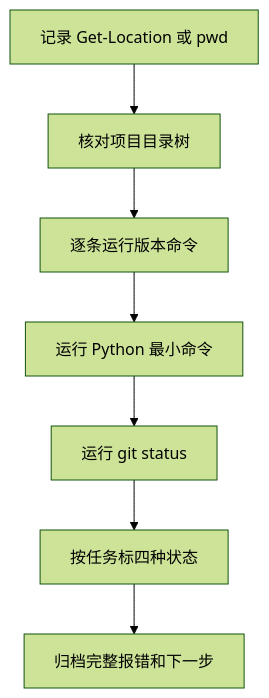
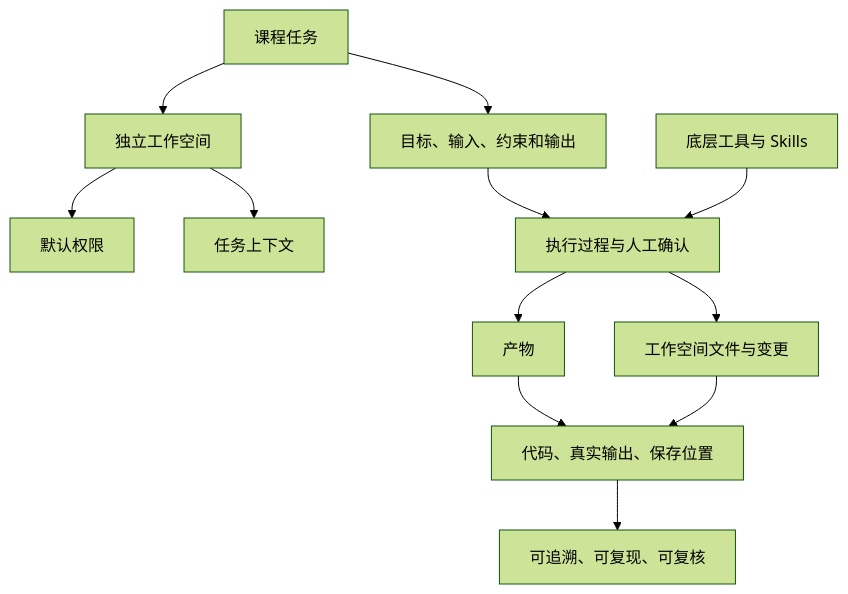
One commit to luvega/AI_MED_DataVis changed the second of 2 diagrams in docs/chapters/chapter-2/index.md. Above: the diagram before and after it, drawn with Mermaid (forest theme). The commit also changed other lines of this file and 16 other files, not shown here.

````diff
--- a/docs/chapters/chapter-2/index.md
+++ b/docs/chapters/chapter-2/index.md
@@ -353,9 +295,14 @@
 ```mermaid
 flowchart TD
-  A["记录 Get-Location 或 pwd"] --> B["核对项目目录树"]
-  B --> C["逐条运行版本命令"]
-  C --> D["运行 Python 最小命令"]
-  D --> E["运行 git status"]
-  E --> F["按任务标四种状态"]
-  F --> G["归档完整报错和下一步"]
+  A["课程任务"] --> B["独立工作空间"]
+  B --> C["默认权限"]
+  B --> D["任务上下文"]
+  A --> E["目标、输入、约束和输出"]
+  E --> F["执行过程与人工确认"]
+  F --> G["产物"]
+  F --> H["工作空间文件与变更"]
+  G --> I["代码、真实输出、保存位置"]
+  H --> I
+  I --> J["可追溯、可复现、可复核"]
+  K["底层工具与 Skills"] --> F
 ```
````
